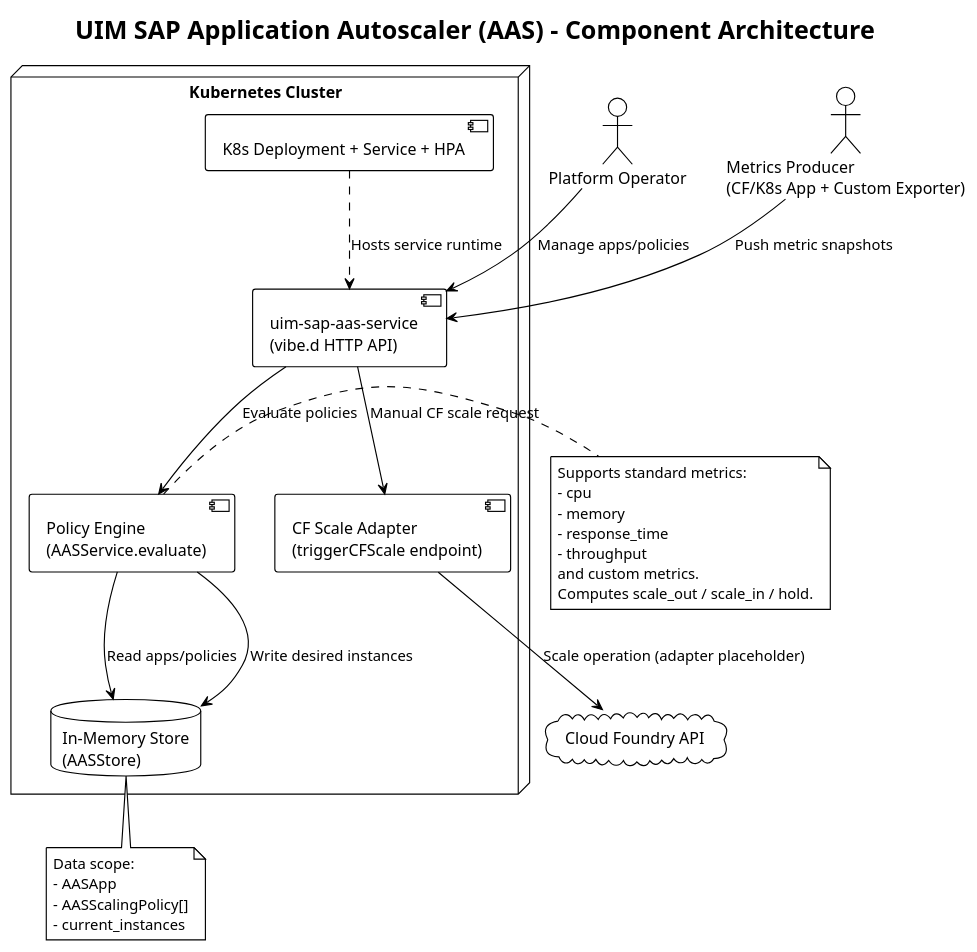
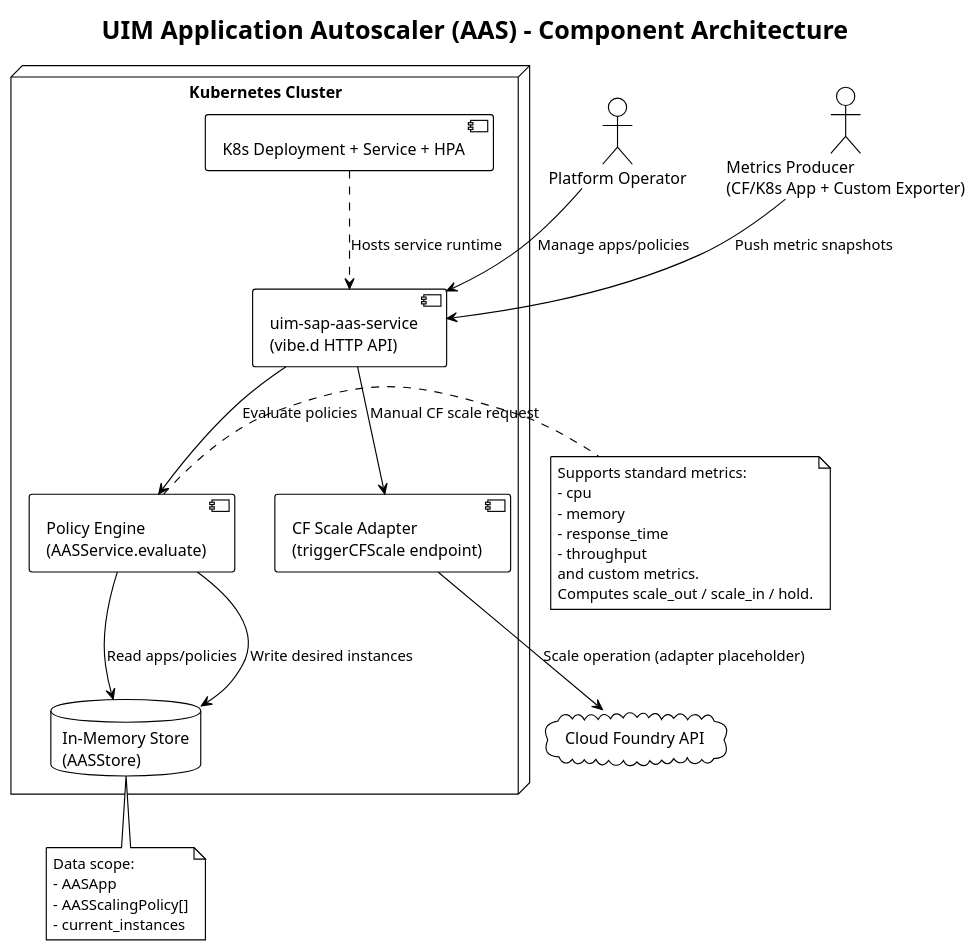
Before and after one commit to UIMSolutions/uim-sap-services: the diagram in application-autoscaler/docs/uml/component-architecture.puml, drawn with PlantUML. The commit also changed 172 other files, not shown here.

```diff
--- a/application-autoscaler/docs/uml/component-architecture.puml
+++ b/application-autoscaler/docs/uml/component-architecture.puml
@@ -1,45 +1,45 @@
 @startuml
 !theme plain
 
-title UIM SAP Application Autoscaler (AAS) - Component Architecture
+title UIM Application Autoscaler (AAS) - Component Architecture
 
 actor "Platform Operator" as Operator
 actor "Metrics Producer\n(CF/K8s App + Custom Exporter)" as Metrics
 
 node "Kubernetes Cluster" {
   component "uim-sap-aas-service\n(vibe.d HTTP API)" as API
   database "In-Memory Store\n(AASStore)" as Store
   component "Policy Engine\n(AASService.evaluate)" as Engine
   component "CF Scale Adapter\n(triggerCFScale endpoint)" as CFAdapter
   component "K8s Deployment + Service + HPA" as K8sInfra
 }
 
 cloud "Cloud Foundry API" as CF
 
 Operator --> API : Manage apps/policies
 Metrics --> API : Push metric snapshots
 API --> Engine : Evaluate policies
 Engine --> Store : Read apps/policies
 Engine --> Store : Write desired instances
 API --> CFAdapter : Manual CF scale request
 CFAdapter --> CF : Scale operation (adapter placeholder)
 K8sInfra ..> API : Hosts service runtime
 
 note right of Engine
 Supports standard metrics:
 - cpu
 - memory
 - response_time
 - throughput
 and custom metrics.
 Computes scale_out / scale_in / hold.
 end note
 
 note bottom of Store
 Data scope:
 - AASApp
 - AASScalingPolicy[]
 - current_instances
 end note
 
 @enduml
```
